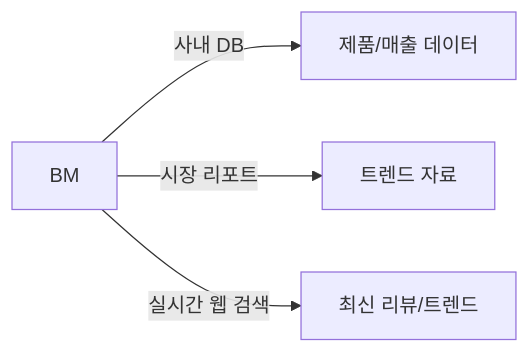
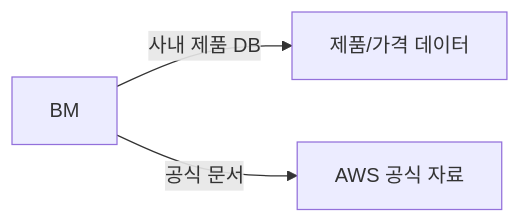
The first of 2 diagrams in module5-mcp/README.md (kshong05311129/lghh-kiro-workshop), drawn with Mermaid before and after one commit. The commit also changed other lines of this file and 4 other files, not shown here.

````diff
--- a/module5-mcp/README.md
+++ b/module5-mcp/README.md
@@ -19,6 +21,5 @@
 ```mermaid
 graph LR
-    A[BM] -->|사내 DB| B[제품/매출 데이터]
-    A -->|시장 리포트| C[트렌드 자료]
-    A -->|실시간 웹 검색| D[최신 리뷰/트렌드]
+    A[BM] -->|사내 제품 DB| B[제품/가격 데이터]
+    A -->|공식 문서| C[AWS 공식 자료]
 ```
````
